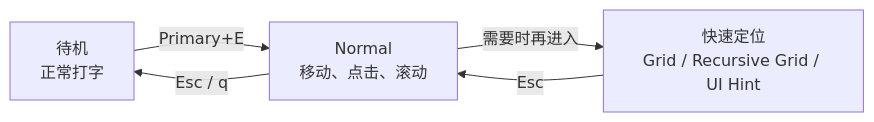
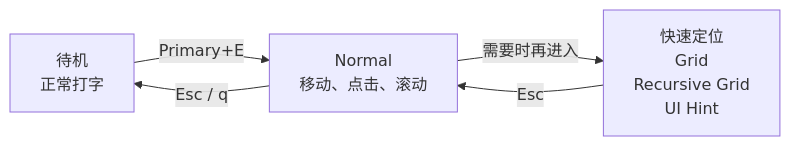
One commit to dccif/KeySteer changed the diagram in docs/guide/getting-started.md. Above: the diagram before and after it, drawn with Mermaid. The commit also changed other lines of this file and 26 other files, not shown here.

````diff
--- a/docs/guide/getting-started.md
+++ b/docs/guide/getting-started.md
@@ -36,11 +42,11 @@
 ```mermaid
 flowchart LR
     idle["待机<br/>正常打字"]
     normal["Normal<br/>移动、点击、滚动"]
-    target["快速定位<br/>Grid / Recursive Grid / UI Hint"]
+    target["快速定位<br/>Grid<br/>Recursive Grid<br/>UI Hint"]
 
     idle -->|"Primary+E"| normal
     normal -->|"需要时再进入"| target
     target -->|"Esc"| normal
     normal -->|"Esc / q"| idle
 ```
````
